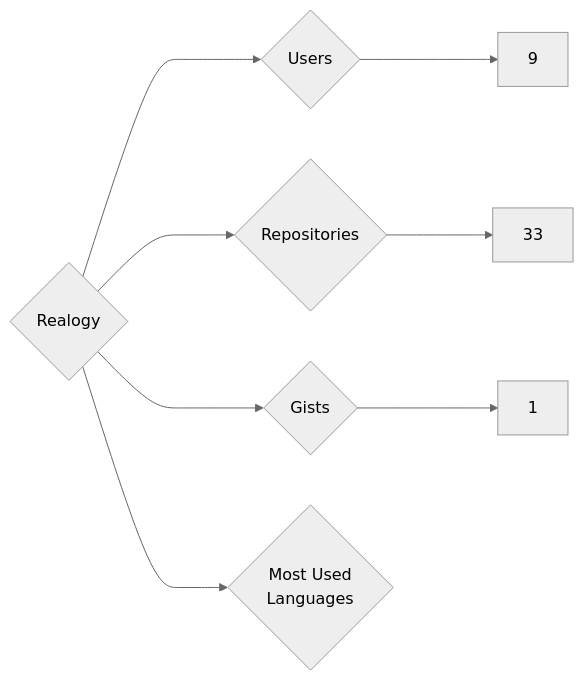
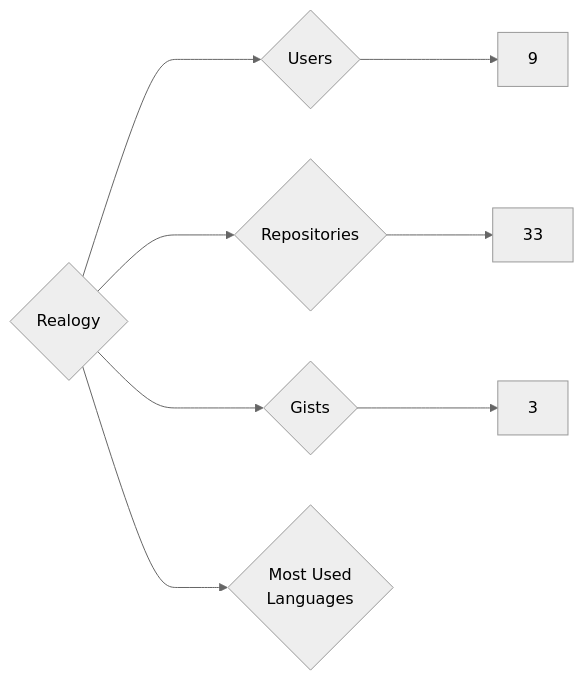
The diagram in targets/Realogy/README.md (nenadzaric/insiders), drawn with Mermaid (neutral theme) before and after one commit. The commit also changed 1342 other files, not shown here.

````diff
--- a/targets/Realogy/README.md
+++ b/targets/Realogy/README.md
@@ -3,8 +3,8 @@
 ```mermaid
 graph LR
 COMPANY_NAME{Realogy}
 COMPANY_NAME ---> U{Users} ---> UN[9]
 COMPANY_NAME ---> R{Repositories} ---> RN[33]
-COMPANY_NAME ---> G{Gists} ---> GN[1]
+COMPANY_NAME ---> G{Gists} ---> GN[3]
 COMPANY_NAME ---> ML{Most Used<br>Languages}
 ```
````
